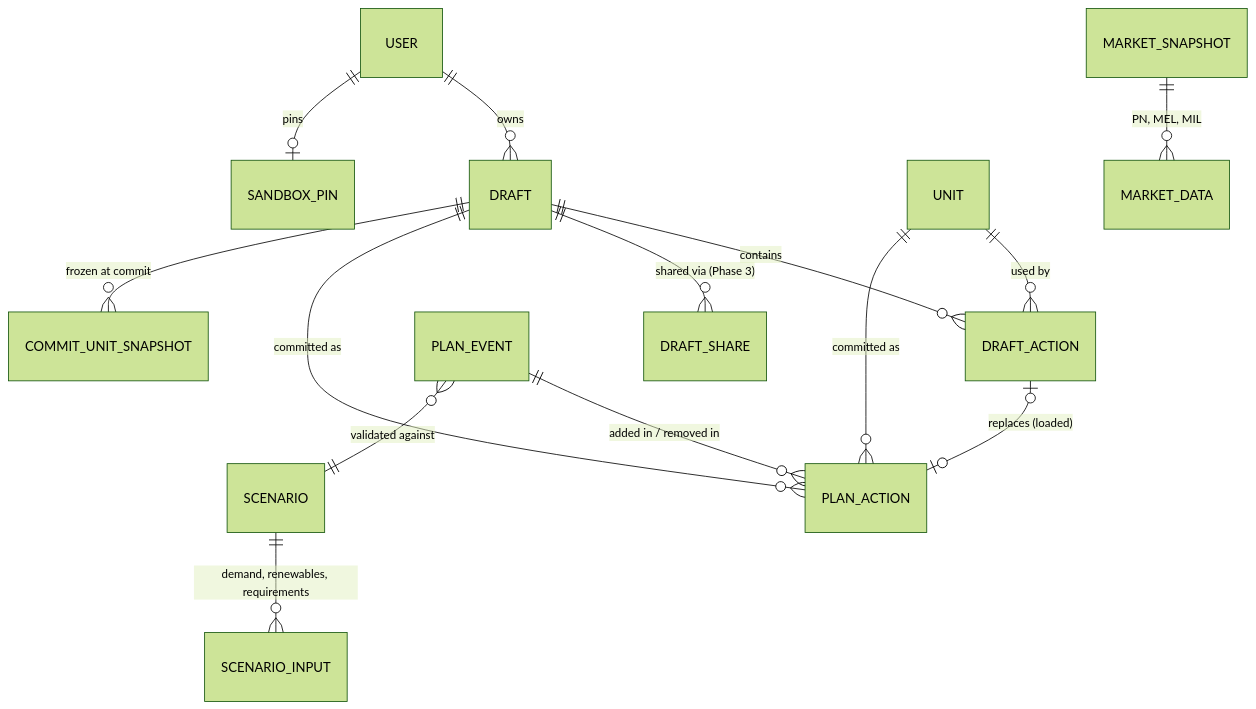
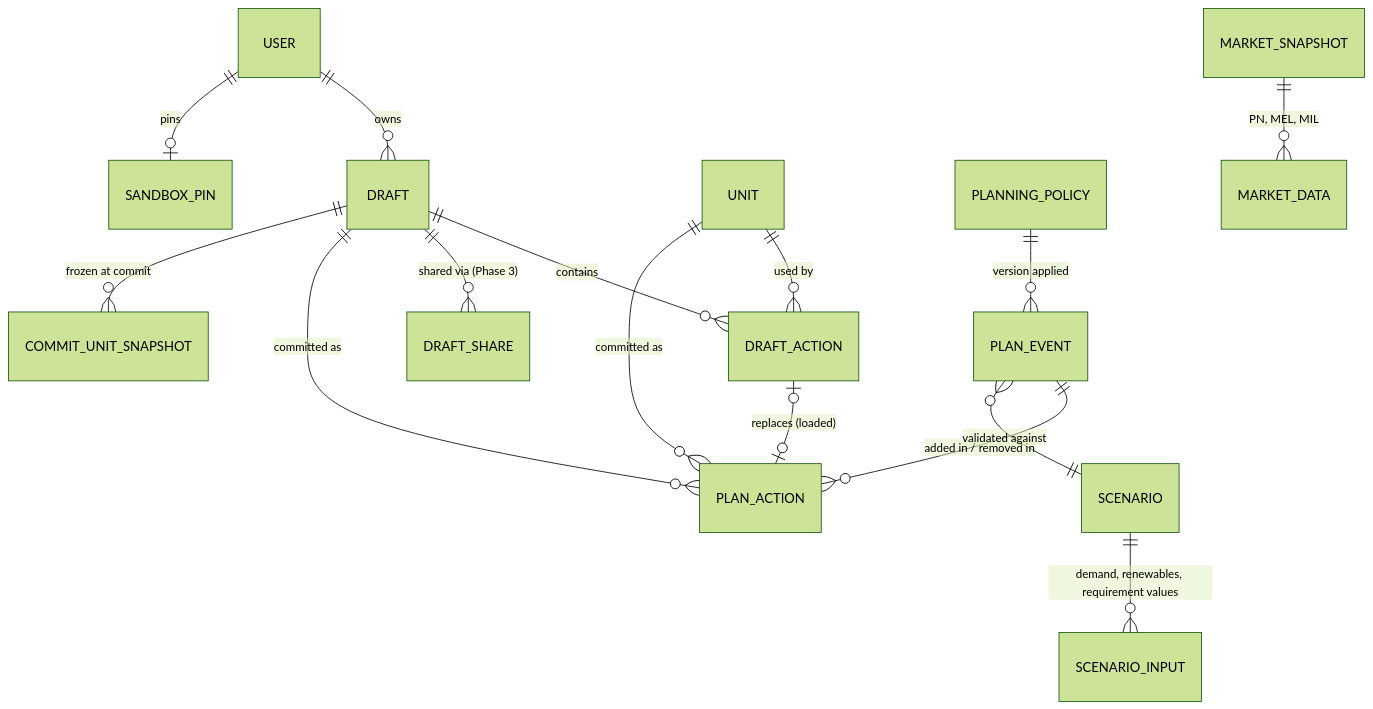
One commit to WeirdSailor/modeling-framework changed the second of 5 diagrams in Docs/drafts-architecture.md. Above: the diagram before and after it, drawn with Mermaid (forest theme). The commit also changed other lines of this file and 1 other file, not shown here.

First line of the commit message:
docs: resolve sandbox/scenario conflicts C1–C11 in drafts architecture

````diff
--- a/Docs/drafts-architecture.md
+++ b/Docs/drafts-architecture.md
@@ -398,16 +399,17 @@
 ```mermaid
 erDiagram
   USER ||--o{ DRAFT : owns
   DRAFT ||--o{ DRAFT_ACTION : contains
   DRAFT_ACTION |o--o| PLAN_ACTION : "replaces (loaded)"
   DRAFT ||--o{ DRAFT_SHARE : "shared via (Phase 3)"
   DRAFT ||--o{ PLAN_ACTION : "committed as"
   PLAN_EVENT ||--o{ PLAN_ACTION : "added in / removed in"
   PLAN_EVENT }o--|| SCENARIO : "validated against"
   DRAFT ||--o{ COMMIT_UNIT_SNAPSHOT : "frozen at commit"
   USER ||--o| SANDBOX_PIN : pins
   UNIT ||--o{ DRAFT_ACTION : "used by"
   UNIT ||--o{ PLAN_ACTION : "committed as"
-  SCENARIO ||--o{ SCENARIO_INPUT : "demand, renewables, requirements"
+  SCENARIO ||--o{ SCENARIO_INPUT : "demand, renewables, requirement values"
+  PLANNING_POLICY ||--o{ PLAN_EVENT : "version applied"
   MARKET_SNAPSHOT ||--o{ MARKET_DATA : "PN, MEL, MIL"
 ```
````
